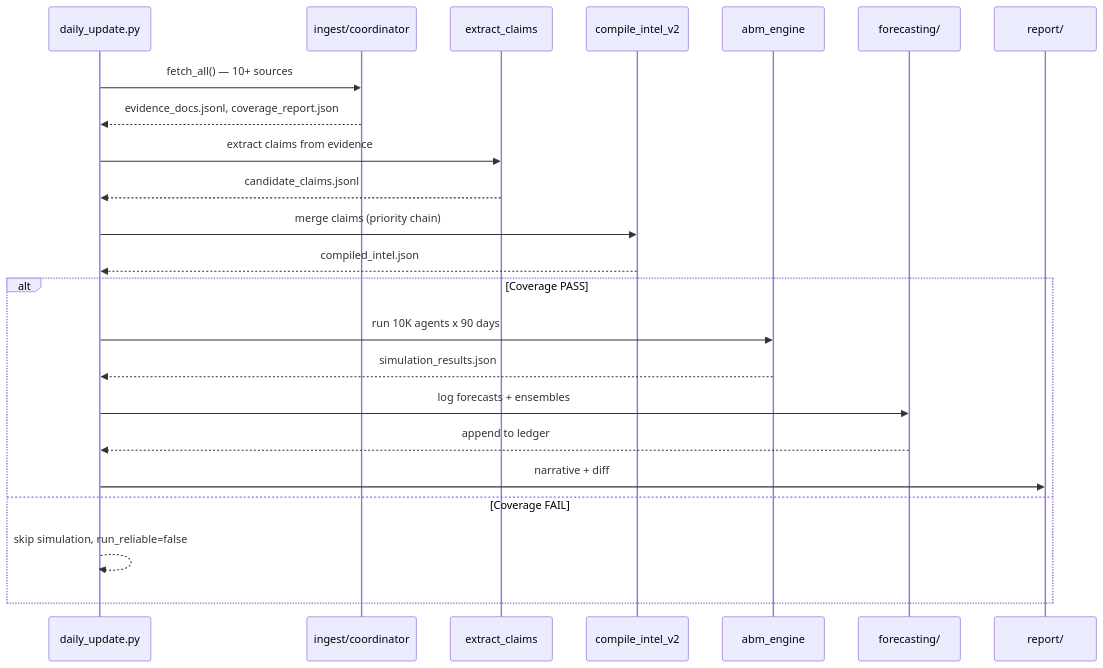
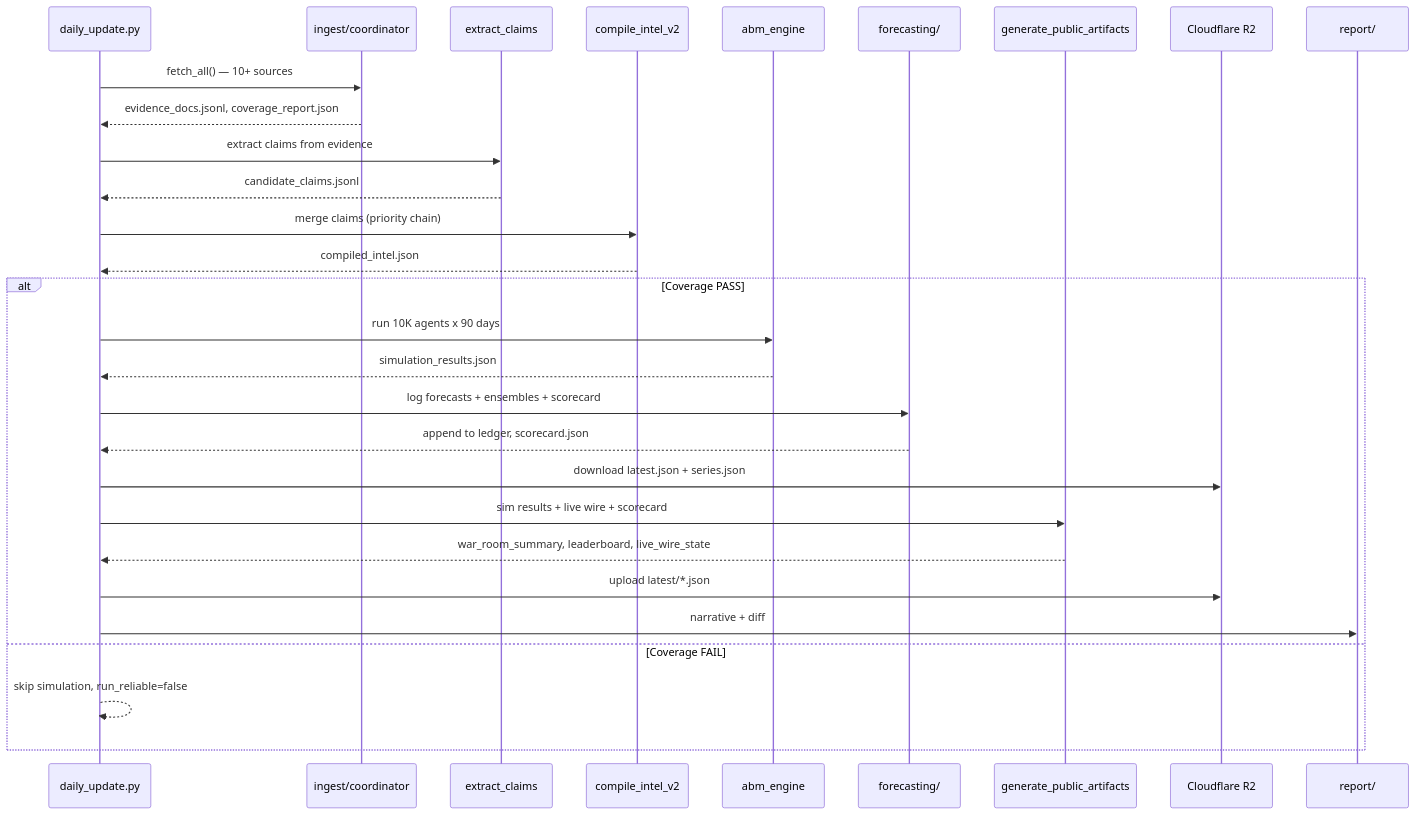
Before and after one commit to timothyfehr-creator/Iran-Simulator: the first of 3 diagrams in ARCHITECTURE.md, drawn with Mermaid. The commit also changed other lines of this file and 1 other file, not shown here.

First line of the commit message:
docs: update README and ARCHITECTURE for Live Wire + public artifacts

````diff
--- a/ARCHITECTURE.md
+++ b/ARCHITECTURE.md
@@ -55,26 +80,32 @@
 ```mermaid
 sequenceDiagram
     participant Cron as daily_update.py
     participant Ingest as ingest/coordinator
     participant GPT4 as extract_claims
     participant Compile as compile_intel_v2
     participant ABM as abm_engine
     participant Oracle as forecasting/
+    participant Artifacts as generate_public_artifacts
+    participant R2 as Cloudflare R2
     participant Report as report/
 
     Cron->>Ingest: fetch_all() — 10+ sources
     Ingest-->>Cron: evidence_docs.jsonl, coverage_report.json
     Cron->>GPT4: extract claims from evidence
     GPT4-->>Cron: candidate_claims.jsonl
     Cron->>Compile: merge claims (priority chain)
     Compile-->>Cron: compiled_intel.json
     alt Coverage PASS
         Cron->>ABM: run 10K agents x 90 days
         ABM-->>Cron: simulation_results.json
-        Cron->>Oracle: log forecasts + ensembles
-        Oracle-->>Cron: append to ledger
+        Cron->>Oracle: log forecasts + ensembles + scorecard
+        Oracle-->>Cron: append to ledger, scorecard.json
+        Cron->>R2: download latest.json + series.json
+        Cron->>Artifacts: sim results + live wire + scorecard
+        Artifacts-->>Cron: war_room_summary, leaderboard, live_wire_state
+        Cron->>R2: upload latest/*.json
         Cron->>Report: narrative + diff
     else Coverage FAIL
         Cron-->>Cron: skip simulation, run_reliable=false
     end
 ```
````
